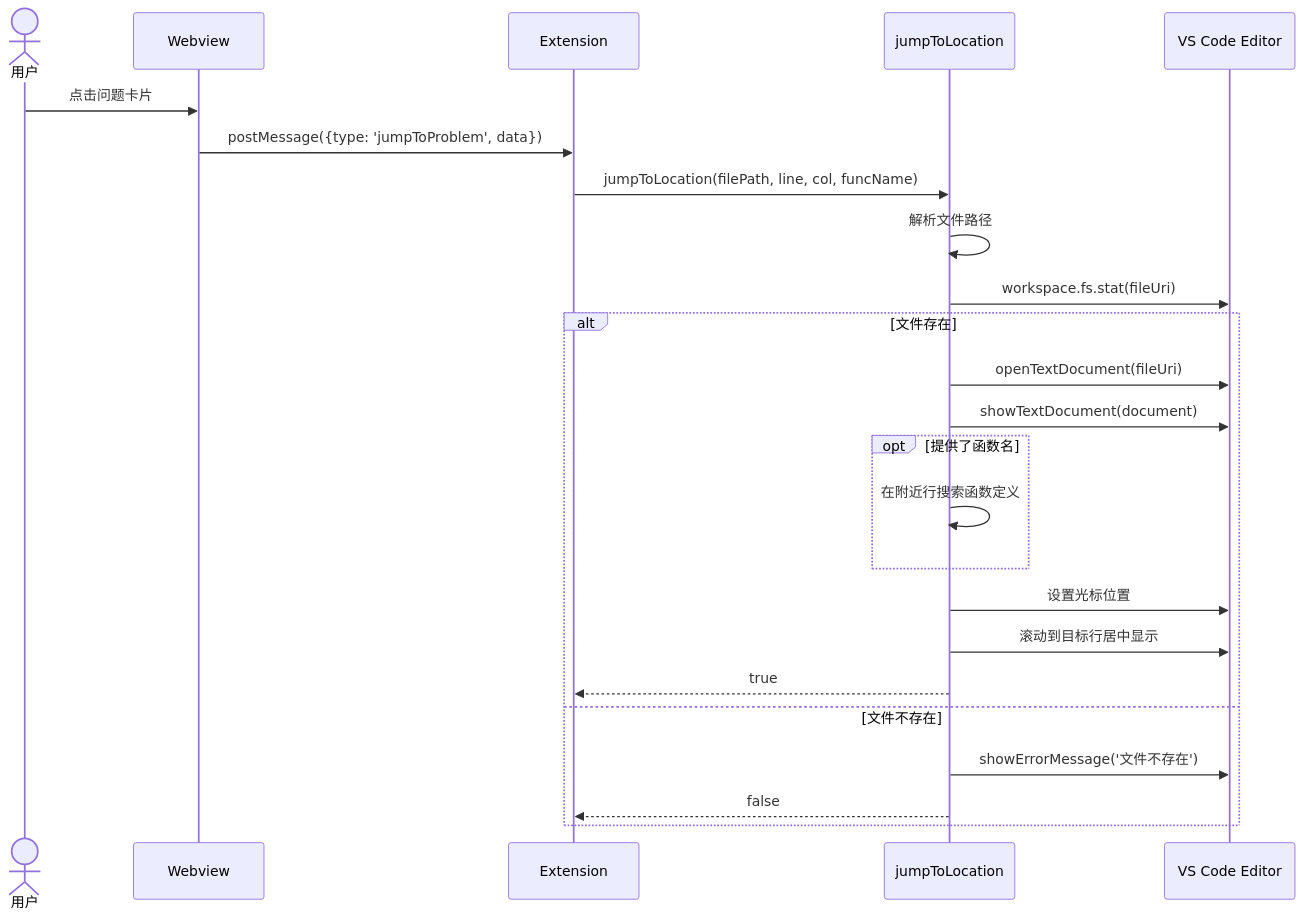
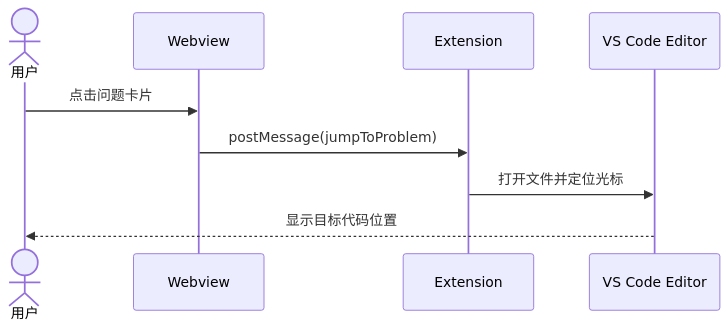
Before and after one commit to Aldebaran638/Doc-Doctor: the eighth of 9 diagrams in RequirementDocument/设计文档.md, drawn with Mermaid. The commit also changed other lines of this file, not shown here.

````diff
--- a/RequirementDocument/设计文档.md
+++ b/RequirementDocument/设计文档.md
@@ -403,31 +284,12 @@
 ```mermaid
 sequenceDiagram
     actor U as 用户
     participant W as Webview
     participant E as Extension
-    participant JL as jumpToLocation
     participant VSC as VS Code Editor
 
     U->>W: 点击问题卡片
-    W->>E: postMessage({type: 'jumpToProblem', data})
-    E->>JL: jumpToLocation(filePath, line, col, funcName)
-    
-    JL->>JL: 解析文件路径
-    JL->>VSC: workspace.fs.stat(fileUri)
-    
-    alt 文件存在
-        JL->>VSC: openTextDocument(fileUri)
-        JL->>VSC: showTextDocument(document)
-        
-        opt 提供了函数名
-            JL->>JL: 在附近行搜索函数定义
-        end
-        
-        JL->>VSC: 设置光标位置
-        JL->>VSC: 滚动到目标行居中显示
-        JL-->>E: true
-    else 文件不存在
-        JL->>VSC: showErrorMessage('文件不存在')
-        JL-->>E: false
-    end
+    W->>E: postMessage(jumpToProblem)
+    E->>VSC: 打开文件并定位光标
+    VSC-->>U: 显示目标代码位置
 ```
````
